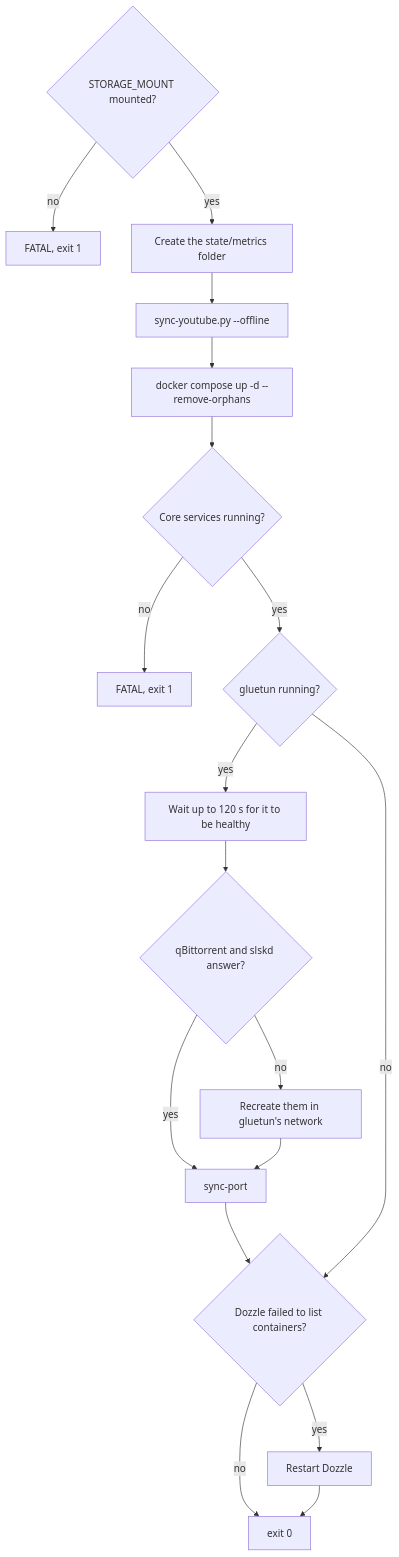
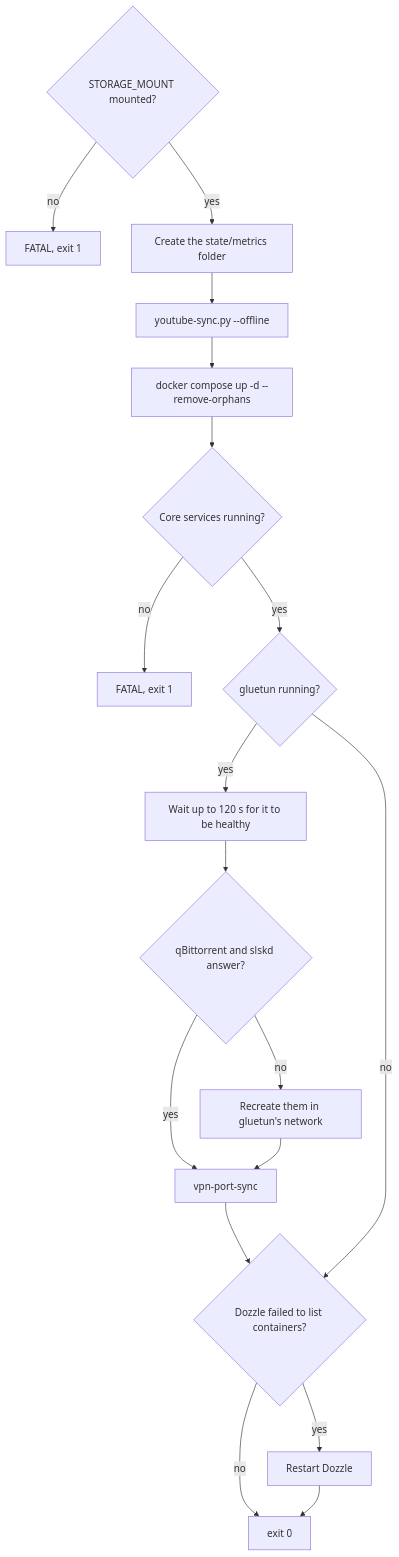
The second of 2 diagrams in docs/flows/storage-and-boot.md (bugrauluyurt/homelab-media-stack), drawn with Mermaid before and after one commit. The commit also changed other lines of this file and 200 other files, not shown here.

````diff
--- a/docs/flows/storage-and-boot.md
+++ b/docs/flows/storage-and-boot.md
@@ -108,20 +108,20 @@
 ```mermaid
 flowchart TD
   mount{"STORAGE_MOUNT mounted?"} -->|no| fatal1["FATAL, exit 1"]
   mount -->|yes| metrics["Create the state/metrics folder"]
-  metrics --> youtube["sync-youtube.py --offline"]
+  metrics --> youtube["youtube-sync.py --offline"]
   youtube --> up["docker compose up -d --remove-orphans"]
   up --> core{"Core services running?"}
   core -->|no| fatal2["FATAL, exit 1"]
   core -->|yes| gluetun{"gluetun running?"}
   gluetun -->|yes| wait["Wait up to 120 s for it to be healthy"]
   wait --> attached{"qBittorrent and slskd answer?"}
   attached -->|no| reattach["Recreate them in gluetun's network"]
-  attached -->|yes| sync["sync-port"]
+  attached -->|yes| sync["vpn-port-sync"]
   reattach --> sync
   sync --> dozzle{"Dozzle failed to list containers?"}
   gluetun -->|no| dozzle
   dozzle -->|yes| restart["Restart Dozzle"]
   dozzle -->|no| done["exit 0"]
   restart --> done
 ```
````
